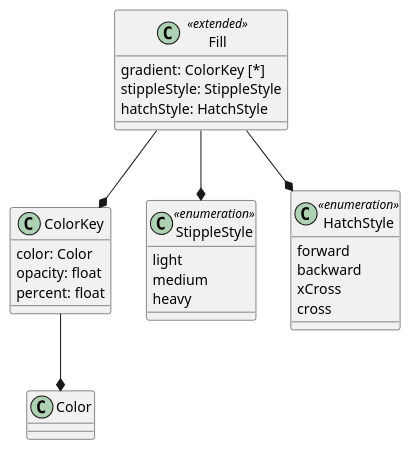
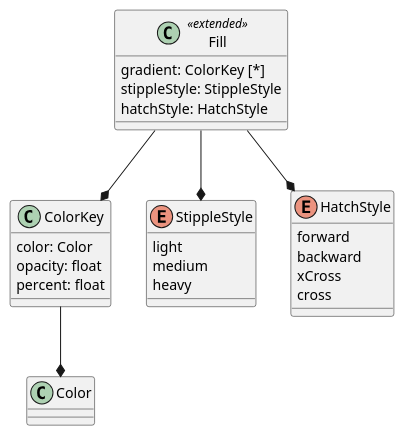
The second of 2 diagrams in core/sections/clause_14_advanced_fills.adoc (opengeospatial/styles-and-symbology), drawn with PlantUML before and after one commit. The commit also changed 8 other files, not shown here.

Commit message:
correction to plantuml naming conventions

```diff
--- a/core/sections/clause_14_advanced_fills.adoc
+++ b/core/sections/clause_14_advanced_fills.adoc
@@ -33,26 +33,26 @@
 [plantuml, target=diagram-classes, format=png]
 ....
 class Fill <<extended>>
 Fill : gradient: ColorKey [*]
 Fill : stippleStyle: StippleStyle
 Fill : hatchStyle: HatchStyle
 Fill --* ColorKey
 Fill --* StippleStyle
 Fill --* HatchStyle
 
 ColorKey : color: Color
 ColorKey : opacity: float
 ColorKey : percent: float
 ColorKey --* Color
 
-class StippleStyle <<enumeration>>
+enum StippleStyle
 StippleStyle : light
 StippleStyle : medium
 StippleStyle : heavy
 
-class HatchStyle <<enumeration>>
+enum HatchStyle
 HatchStyle : forward
 HatchStyle : backward
 HatchStyle : xCross
 HatchStyle : cross
 ....
```
